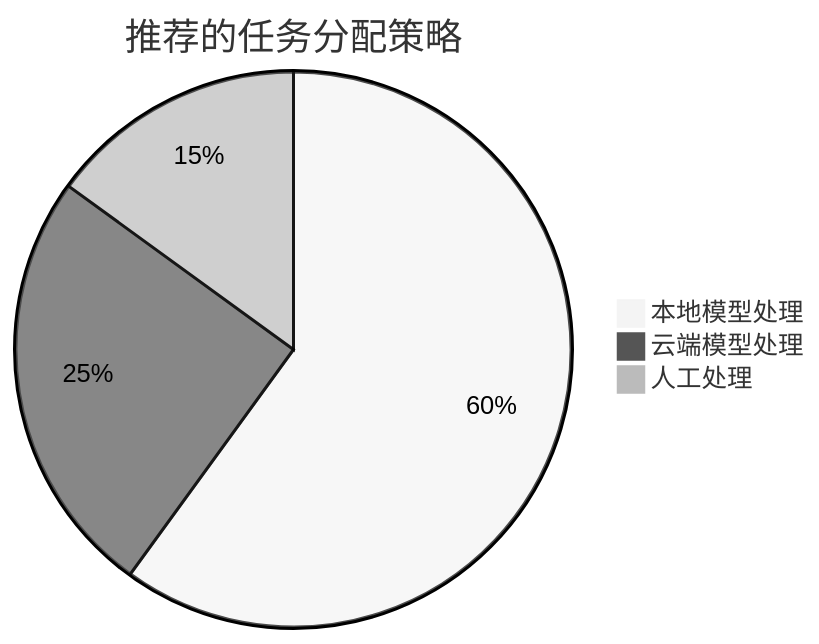
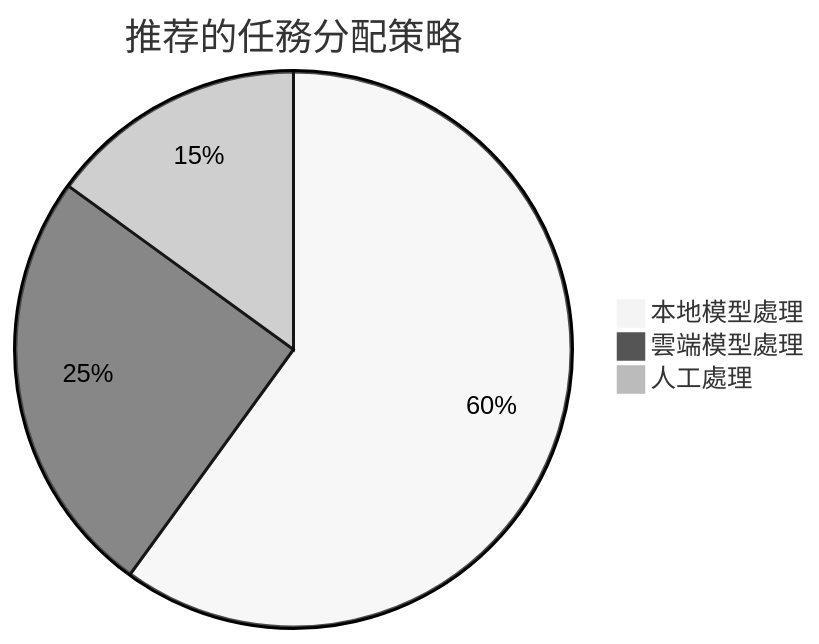
The second of 5 diagrams in 3 Resources/03-Productivity/工作技巧/Obsidian-OpenCode-Ollama-GPT集成指南/README.md (kmjade/knowledge-value), drawn with Mermaid (neutral theme) before and after one commit. The commit also changed other lines of this file and 653 other files, not shown here.

````diff
--- a/3 Resources/03-Productivity/工作技巧/Obsidian-OpenCode-Ollama-GPT集成指南/README.md
+++ b/3 Resources/03-Productivity/工作技巧/Obsidian-OpenCode-Ollama-GPT集成指南/README.md
@@ -149,6 +149,6 @@
 ```mermaid
-pie title 推荐的任务分配策略
-    "本地模型处理" : 60
-    "云端模型处理" : 25
-    "人工处理" : 15
+pie title 推荐的任務分配策略
+    "本地模型處理" : 60
+    "雲端模型處理" : 25
+    "人工處理" : 15
 ```
````
